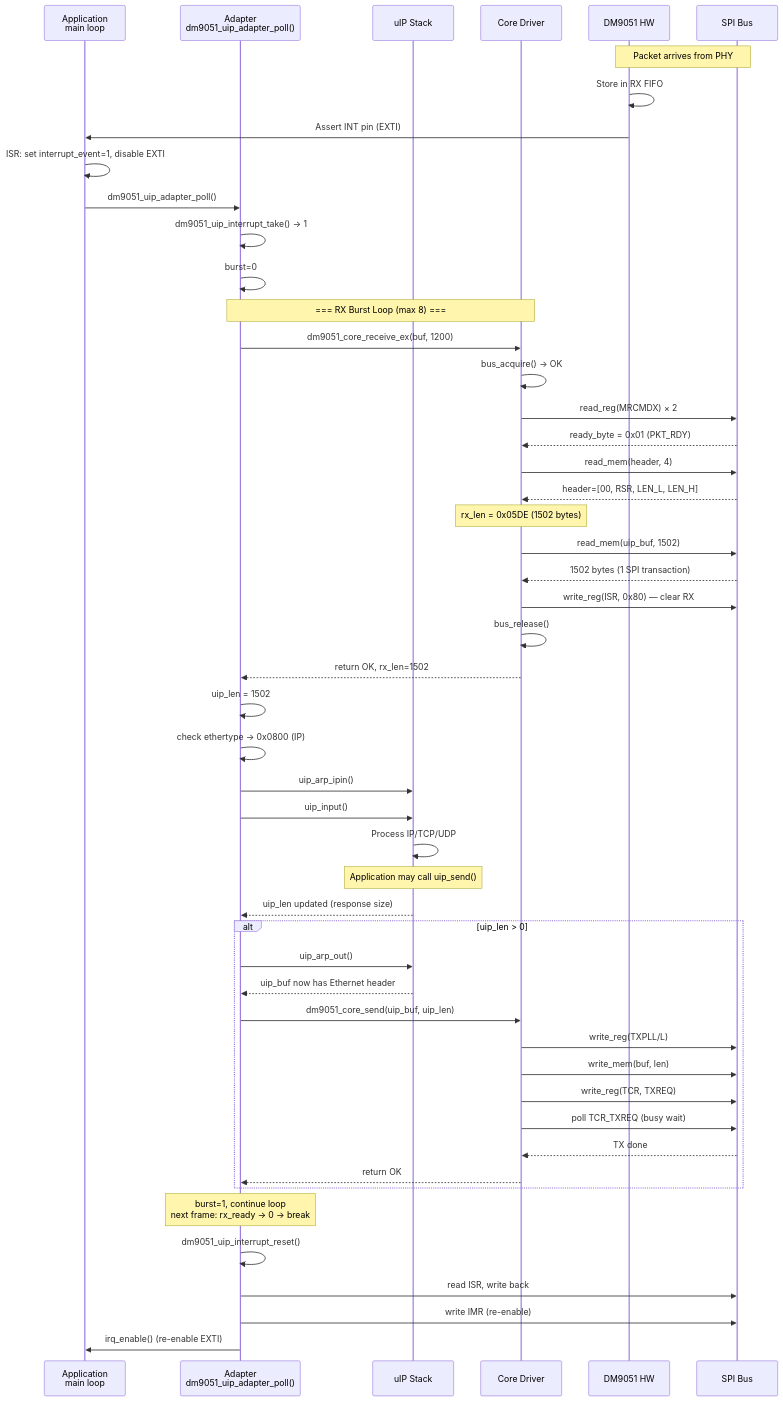
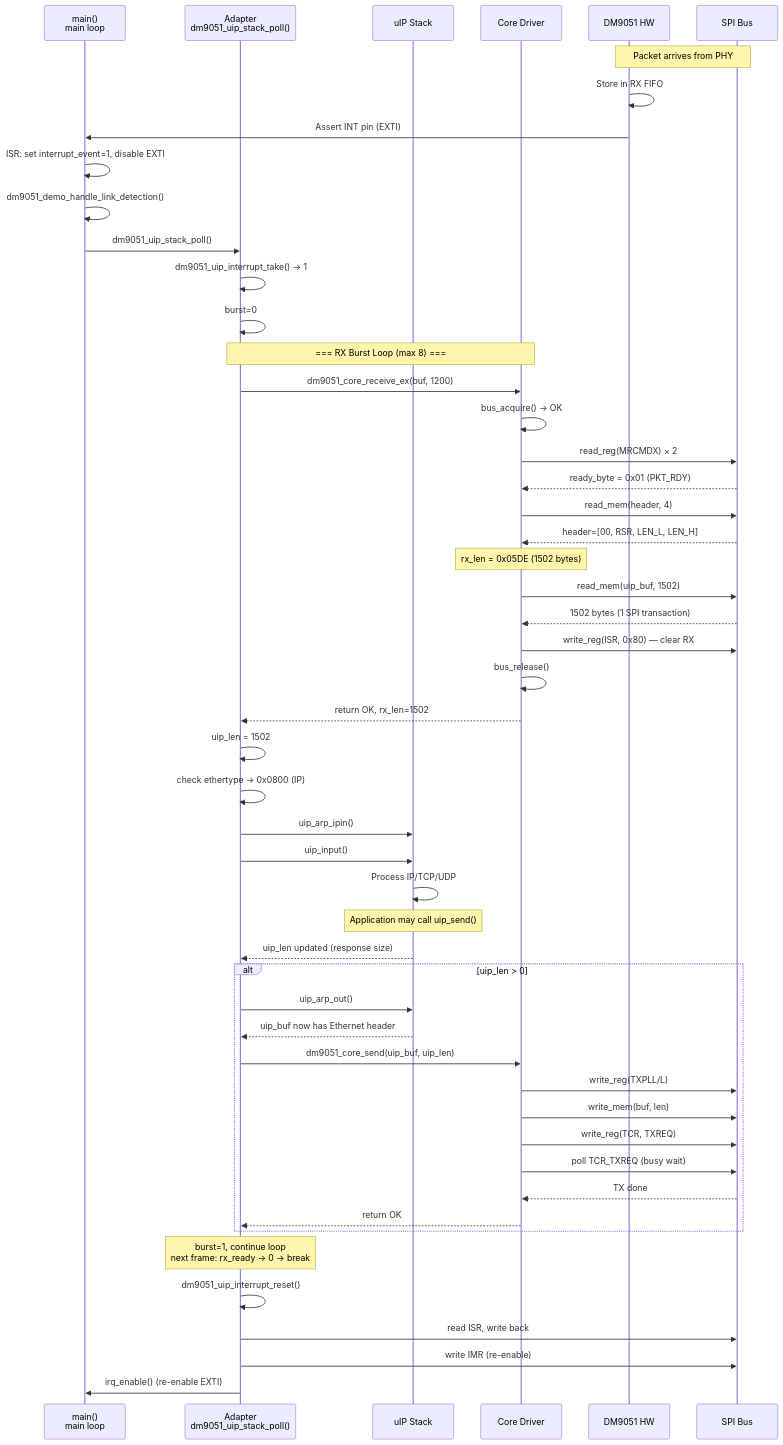
One commit to yicheng55/mh2030_demo changed the second of 4 diagrams in docs/dm9051_uip_adapter_analysis.md. Above: the diagram before and after it, drawn with Mermaid. The commit also changed other lines of this file, not shown here.

````diff
--- a/docs/dm9051_uip_adapter_analysis.md
+++ b/docs/dm9051_uip_adapter_analysis.md
@@ -1071,60 +1044,61 @@
 ```mermaid
 sequenceDiagram
-    participant APP as Application<br/>main loop
-    participant ADPT as Adapter<br/>dm9051_uip_adapter_poll()
+    participant APP as main()<br/>main loop
+    participant ADPT as Adapter<br/>dm9051_uip_stack_poll()
     participant UIP as uIP Stack
     participant CORE as Core Driver
     participant DM as DM9051 HW
     participant SPI as SPI Bus
 
     Note over DM,SPI: Packet arrives from PHY
     DM->>DM: Store in RX FIFO
     DM->>APP: Assert INT pin (EXTI)
     APP->>APP: ISR: set interrupt_event=1, disable EXTI
 
-    APP->>ADPT: dm9051_uip_adapter_poll()
+    APP->>APP: dm9051_demo_handle_link_detection()
+    APP->>ADPT: dm9051_uip_stack_poll()
     ADPT->>ADPT: dm9051_uip_interrupt_take() → 1
     ADPT->>ADPT: burst=0
 
     Note over ADPT,CORE: === RX Burst Loop (max 8) ===
 
     ADPT->>CORE: dm9051_core_receive_ex(buf, 1200)
     CORE->>CORE: bus_acquire() → OK
     CORE->>SPI: read_reg(MRCMDX) × 2
     SPI-->>CORE: ready_byte = 0x01 (PKT_RDY)
     CORE->>SPI: read_mem(header, 4)
     SPI-->>CORE: header=[00, RSR, LEN_L, LEN_H]
     Note over CORE: rx_len = 0x05DE (1502 bytes)
     CORE->>SPI: read_mem(uip_buf, 1502)
     SPI-->>CORE: 1502 bytes (1 SPI transaction)
     CORE->>SPI: write_reg(ISR, 0x80) — clear RX
     CORE->>CORE: bus_release()
     CORE-->>ADPT: return OK, rx_len=1502
 
     ADPT->>ADPT: uip_len = 1502
     ADPT->>ADPT: check ethertype → 0x0800 (IP)
     ADPT->>UIP: uip_arp_ipin()
     ADPT->>UIP: uip_input()
     UIP->>UIP: Process IP/TCP/UDP
     Note over UIP: Application may call uip_send()
     UIP-->>ADPT: uip_len updated (response size)
 
     alt uip_len > 0
         ADPT->>UIP: uip_arp_out()
         UIP-->>ADPT: uip_buf now has Ethernet header
         ADPT->>CORE: dm9051_core_send(uip_buf, uip_len)
         CORE->>SPI: write_reg(TXPLL/L)
         CORE->>SPI: write_mem(buf, len)
         CORE->>SPI: write_reg(TCR, TXREQ)
         CORE->>SPI: poll TCR_TXREQ (busy wait)
         SPI-->>CORE: TX done
         CORE-->>ADPT: return OK
     end
 
     Note over ADPT: burst=1, continue loop<br/>next frame: rx_ready → 0 → break
 
     ADPT->>ADPT: dm9051_uip_interrupt_reset()
     ADPT->>SPI: read ISR, write back
     ADPT->>SPI: write IMR (re-enable)
     ADPT->>APP: irq_enable() (re-enable EXTI)
 ```
````
